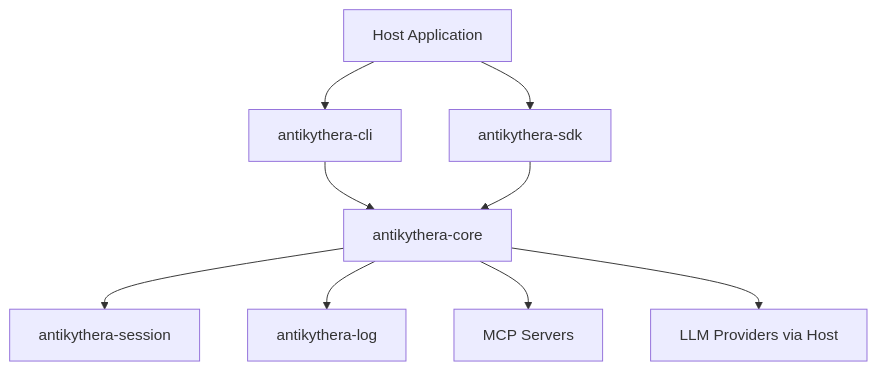
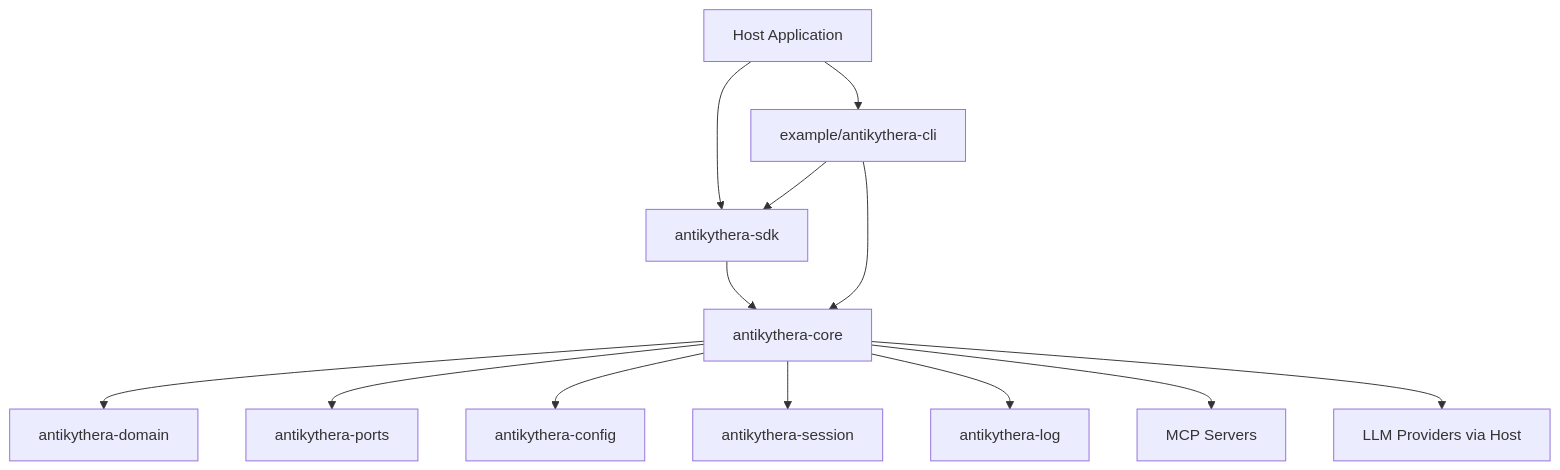
Before and after one commit to tsfarizi/antikythera-mcp-framework: the diagram in README.md, drawn with Mermaid. The commit also changed other lines of this file and 14 other files, not shown here.

````diff
--- a/README.md
+++ b/README.md
@@ -7,11 +7,15 @@
 ```mermaid
 flowchart TD
-    Host[Host Application] --> CLI[antikythera-cli]
-    Host --> SDK[antikythera-sdk]
-    CLI --> Core[antikythera-core]
-    SDK --> Core
+    Host[Host Application] --> SDK[antikythera-sdk]
+    Host --> CLI[example/antikythera-cli]
+    SDK --> Core[antikythera-core]
+    CLI --> Core
+    CLI --> SDK
+    Core --> Domain[antikythera-domain]
+    Core --> Ports[antikythera-ports]
+    Core --> Config[antikythera-config]
     Core --> Session[antikythera-session]
     Core --> Log[antikythera-log]
     Core --> MCP[MCP Servers]
     Core --> LLM[LLM Providers via Host]
 ```
````
